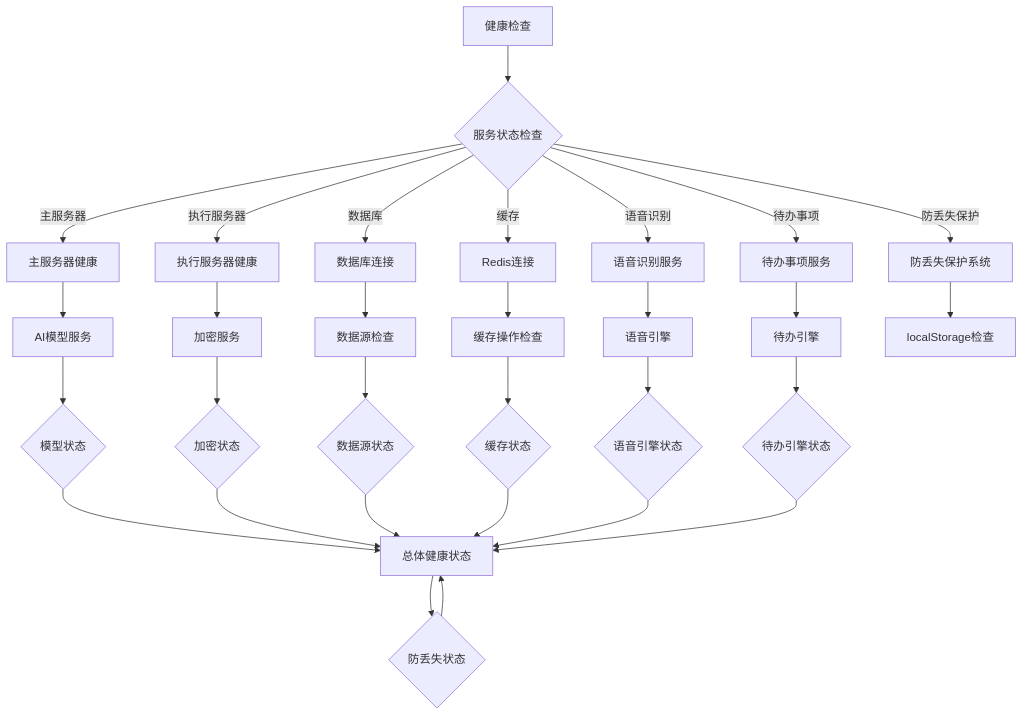
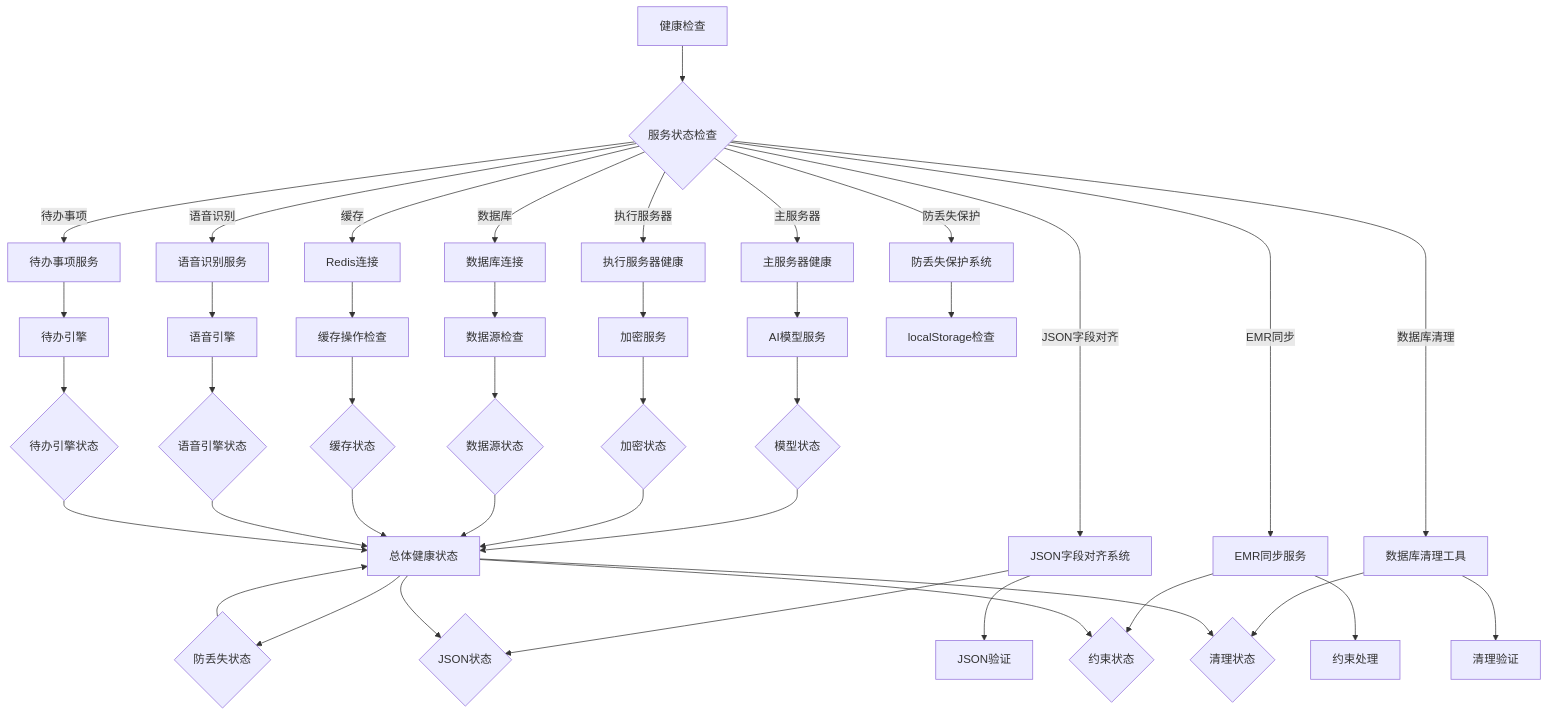
Diagram 16 of 19 in .qoder/repowiki/zh/content/Medical Record Operation Guide.md (liuzh2008/med_ai_assistant_workspace), drawn with Mermaid before and after one commit. The commit also changed other lines of this file and 7 other files, not shown here.

````diff
--- a/.qoder/repowiki/zh/content/Medical Record Operation Guide.md
+++ b/.qoder/repowiki/zh/content/Medical Record Operation Guide.md
@@ -1076,32 +1339,44 @@
 ```mermaid
 flowchart TD
 HealthCheck[健康检查] --> ServiceCheck{服务状态检查}
 ServiceCheck --> |主服务器| MainServer[主服务器健康]
 ServiceCheck --> |执行服务器| ExecServer[执行服务器健康]
 ServiceCheck --> |数据库| Database[数据库连接]
 ServiceCheck --> |缓存| Cache[Redis连接]
 ServiceCheck --> |语音识别| VoiceService[语音识别服务]
 ServiceCheck --> |待办事项| TodoService[待办事项服务]
 ServiceCheck --> |防丢失保护| DraftProtection[防丢失保护系统]
+ServiceCheck --> |JSON字段对齐| FieldAlignment[JSON字段对齐系统]
+ServiceCheck --> |EMR同步| EmrSync[EMR同步服务]
+ServiceCheck --> |数据库清理| DatabaseCleanup[数据库清理工具]
 MainServer --> AIService[AI模型服务]
 ExecServer --> Encryption[加密服务]
 Database --> DataSources[数据源检查]
 Cache --> CacheOps[缓存操作检查]
 VoiceService --> VoiceEngine[语音引擎]
 TodoService --> TodoEngine[待办引擎]
 DraftProtection --> LocalStorage[localStorage检查]
+FieldAlignment --> JSONValidation[JSON验证]
+EmrSync --> ConstraintHandling[约束处理]
+DatabaseCleanup --> CleanupValidation[清理验证]
 AIService --> ModelStatus{模型状态}
 Encryption --> EncStatus{加密状态}
 DataSources --> DSStatus{数据源状态}
 CacheOps --> COStatus{缓存状态}
 VoiceEngine --> VEStatus{语音引擎状态}
 TodoEngine --> TEStatus{待办引擎状态}
 ModelStatus --> OverallStatus[总体健康状态]
 EncStatus --> OverallStatus
 DSStatus --> OverallStatus
 COStatus --> OverallStatus
 VEStatus --> OverallStatus
 TEStatus --> OverallStatus
 OverallStatus --> DraftStatus{防丢失状态}
 DraftStatus --> OverallStatus
+FieldAlignment --> JSONStatus{JSON状态}
+OverallStatus --> JSONStatus
+EmrSync --> ConstraintStatus{约束状态}
+OverallStatus --> ConstraintStatus
+DatabaseCleanup --> CleanupStatus{清理状态}
+OverallStatus --> CleanupStatus
 ```
````
